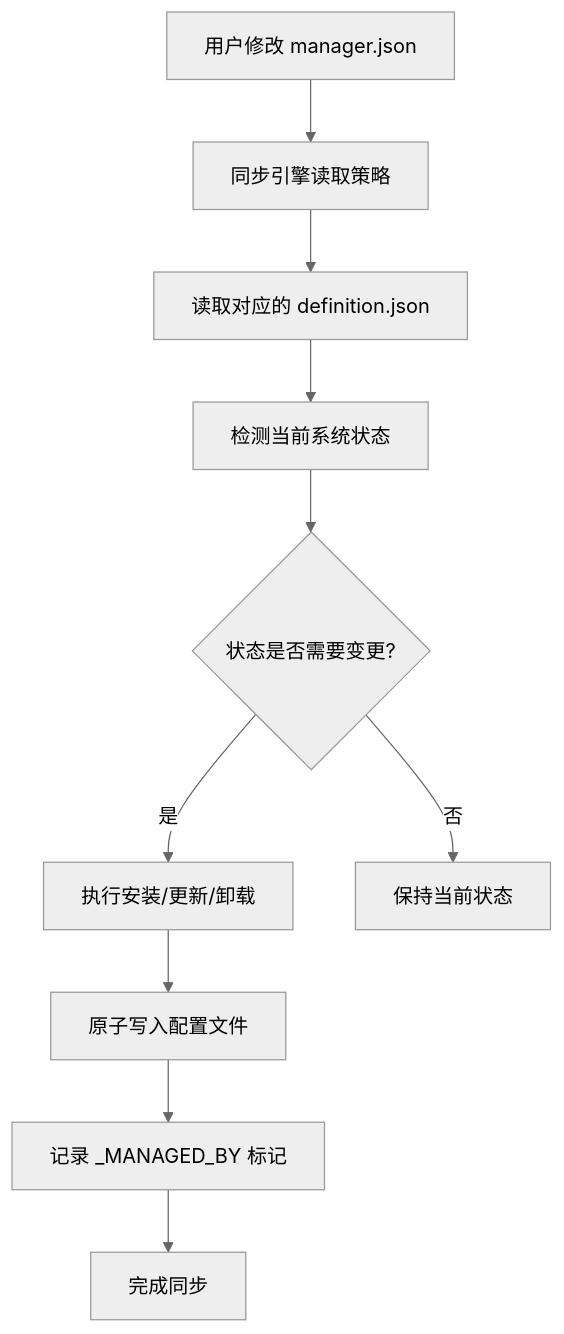
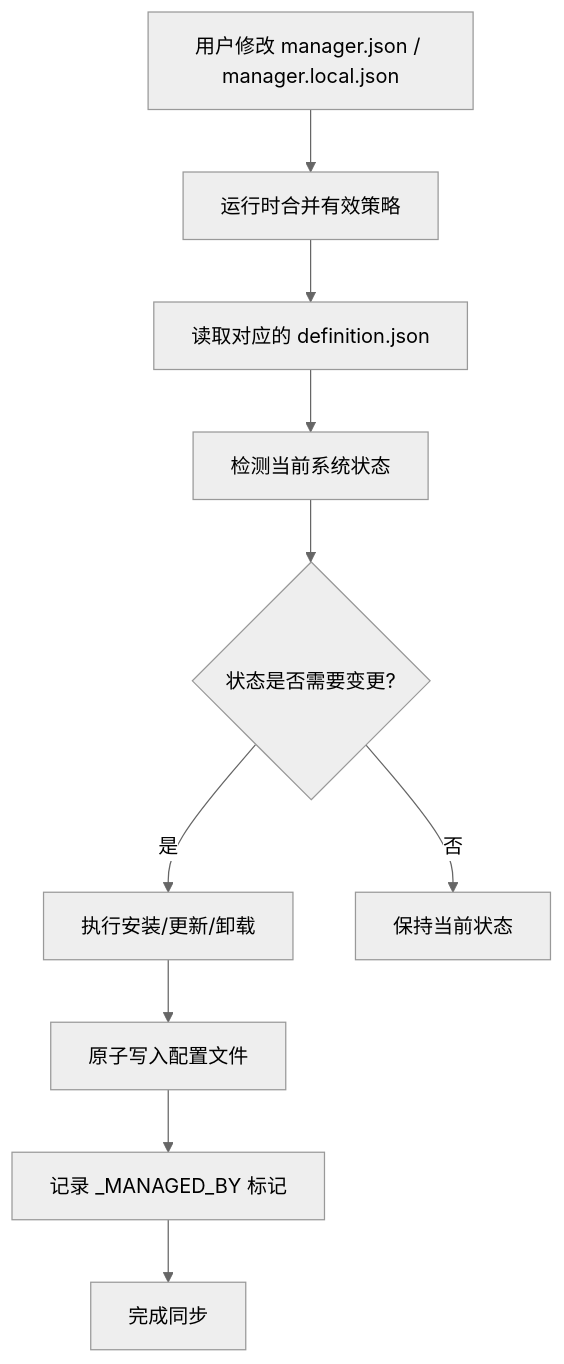
The first of 2 diagrams in docs/ARCHITECTURE.md (ly87ing/agent-manager), drawn with Mermaid (neutral theme) before and after one commit. The commit also changed other lines of this file and 18 other files, not shown here.

````diff
--- a/docs/ARCHITECTURE.md
+++ b/docs/ARCHITECTURE.md
@@ -84,12 +88,12 @@
 ```mermaid
 graph TD
-    A[用户修改 manager.json] --> B[同步引擎读取策略]
+    A[用户修改 manager.json / manager.local.json] --> B[运行时合并有效策略]
     B --> C[读取对应的 definition.json]
     C --> D[检测当前系统状态]
     D --> E{状态是否需要变更?}
     E -->|是| F[执行安装/更新/卸载]
     E -->|否| G[保持当前状态]
     F --> H[原子写入配置文件]
     H --> I[记录 _MANAGED_BY 标记]
     I --> J[完成同步]
 ```
````
